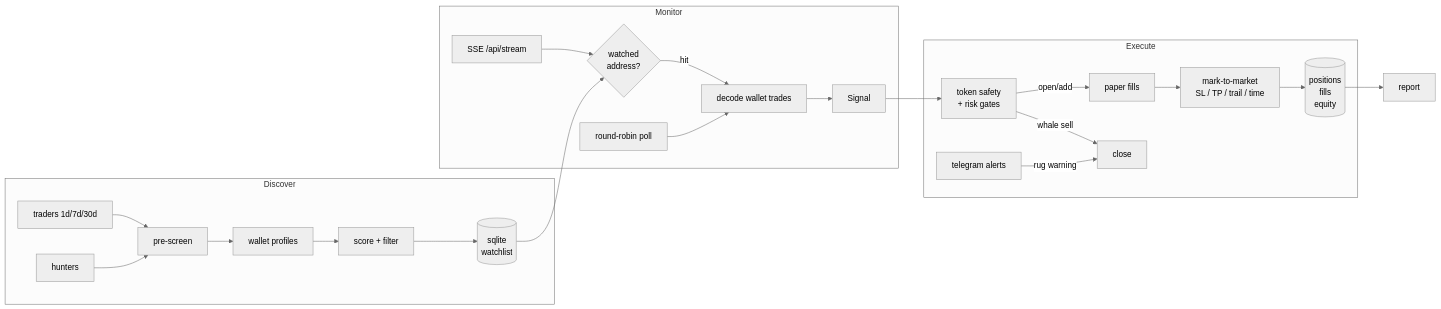
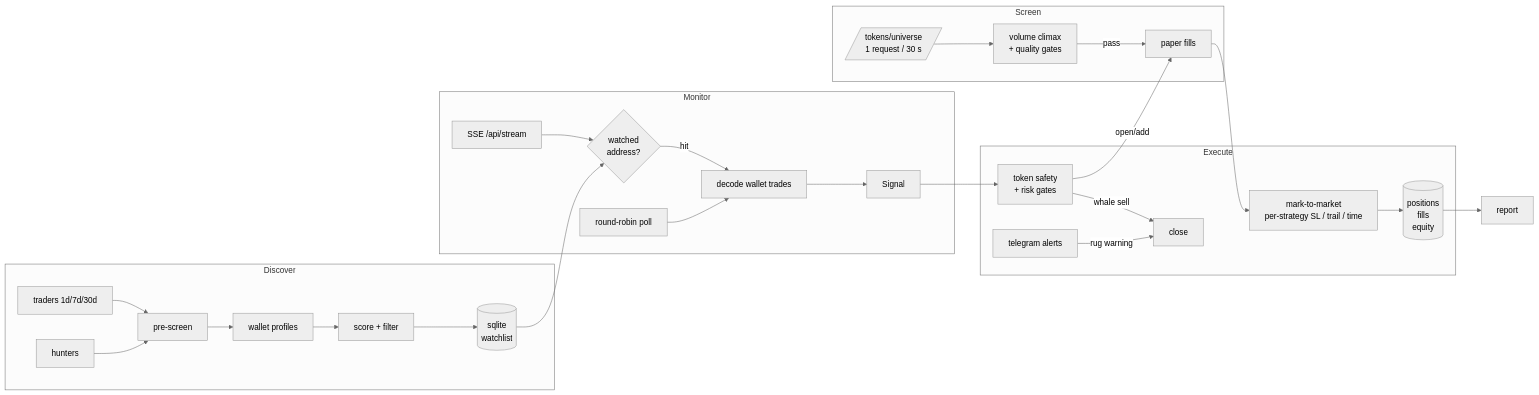
The diagram in README.md (hernanda-git/elysium), drawn with Mermaid (neutral theme) before and after one commit. The commit also changed other lines of this file and 20 other files, not shown here.

First line of the commit message:
Promote volume-climax screen; make copy fills opt-in

````diff
--- a/README.md
+++ b/README.md
@@ -51,29 +79,34 @@
 ```mermaid
 flowchart LR
     subgraph Discover
         LB[traders 1d/7d/30d] --> SC[pre-screen]
         HU[hunters] --> SC
         SC --> PF[wallet profiles]
         PF --> RK[score + filter]
         RK --> DB[(sqlite<br/>watchlist)]
     end
 
     subgraph Monitor
         SSE[SSE /api/stream] --> HIT{watched<br/>address?}
         DB --> HIT
         HIT -->|hit| DEC[decode wallet trades]
         POLL[round-robin poll] --> DEC
         DEC --> SIG[Signal]
     end
 
+    subgraph Screen
+        UNI[/tokens/universe<br/>1 request / 30 s/] --> EVAL[volume climax<br/>+ quality gates]
+        EVAL -->|pass| PAPER
+    end
+
     subgraph Execute
         SIG --> GATE[token safety<br/>+ risk gates]
         GATE -->|open/add| PAPER[paper fills]
         GATE -->|whale sell| EXIT[close]
-        PAPER --> MARK[mark-to-market<br/>SL / TP / trail / time]
+        PAPER --> MARK[mark-to-market<br/>per-strategy SL / trail / time]
         MARK --> LEDGER[(positions<br/>fills<br/>equity)]
         TG[telegram alerts] -->|rug warning| EXIT
     end
 
     LEDGER --> REP[report]
 ```
````
